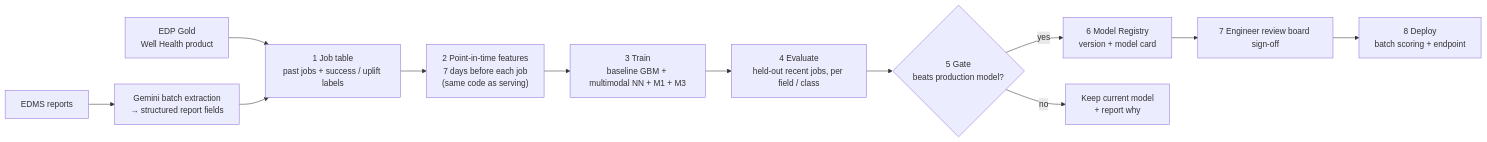
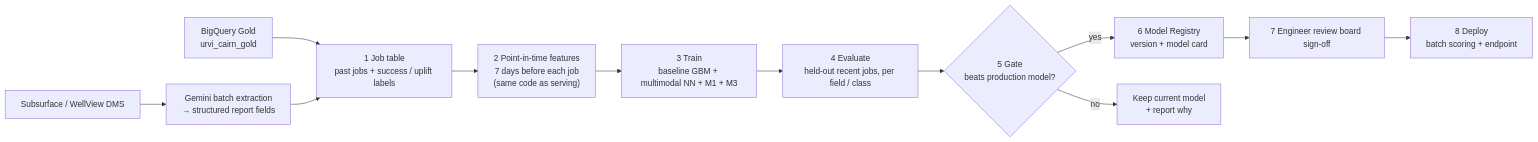
The fourth of 5 diagrams in docs/ml_recommendation_engine.md (amandeepsinghs-cyber/urvi-cairn-barmer), drawn with Mermaid before and after one commit. The commit also changed other lines of this file and 405 other files, not shown here.

````diff
--- a/docs/ml_recommendation_engine.md
+++ b/docs/ml_recommendation_engine.md
@@ -327,12 +330,12 @@
 ```mermaid
 flowchart LR
-  A["EDP Gold<br/>Well Health product"] --> B["1 Job table<br/>past jobs + success / uplift labels"]
-  R["EDMS reports"] --> X["Gemini batch extraction<br/>→ structured report fields"] --> B
+  A["BigQuery Gold<br/>urvi_cairn_gold"] --> B["1 Job table<br/>past jobs + success / uplift labels"]
+  R["Subsurface / WellView DMS"] --> X["Gemini batch extraction<br/>→ structured report fields"] --> B
   B --> C["2 Point-in-time features<br/>7 days before each job<br/>(same code as serving)"]
   C --> D["3 Train<br/>baseline GBM + multimodal NN + M1 + M3"]
   D --> E["4 Evaluate<br/>held-out recent jobs, per field / class"]
   E --> G{"5 Gate<br/>beats production model?"}
   G -- yes --> H["6 Model Registry<br/>version + model card"]
   H --> I["7 Engineer review board sign-off"] --> J["8 Deploy<br/>batch scoring + endpoint"]
   G -- no --> K["Keep current model<br/>+ report why"]
 ```
````
